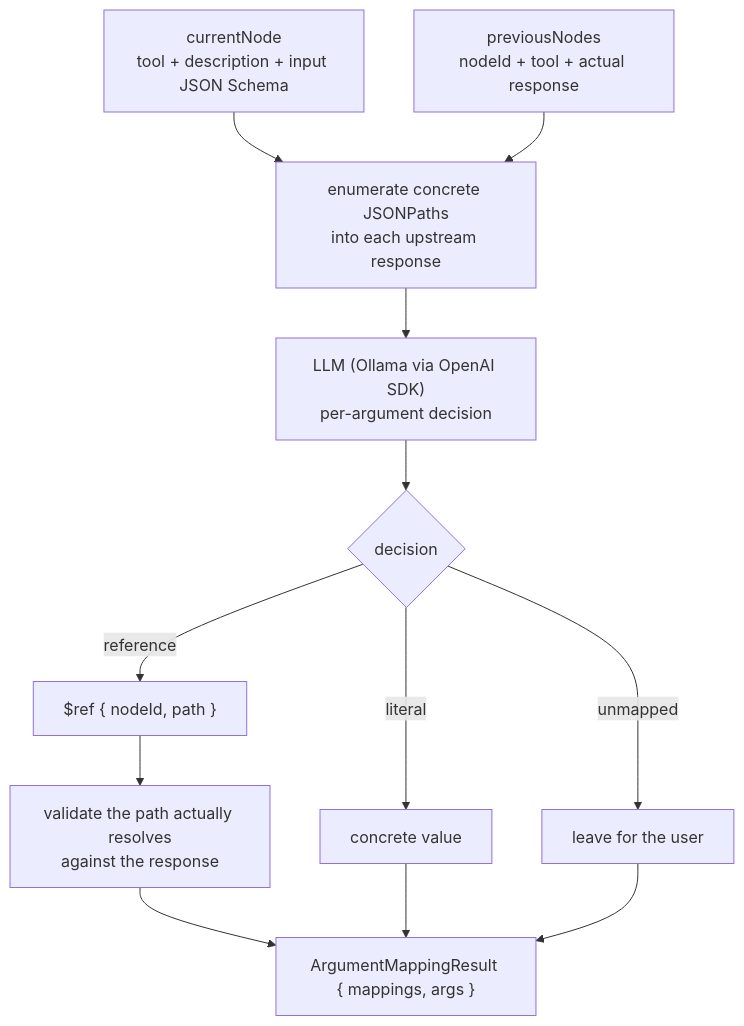
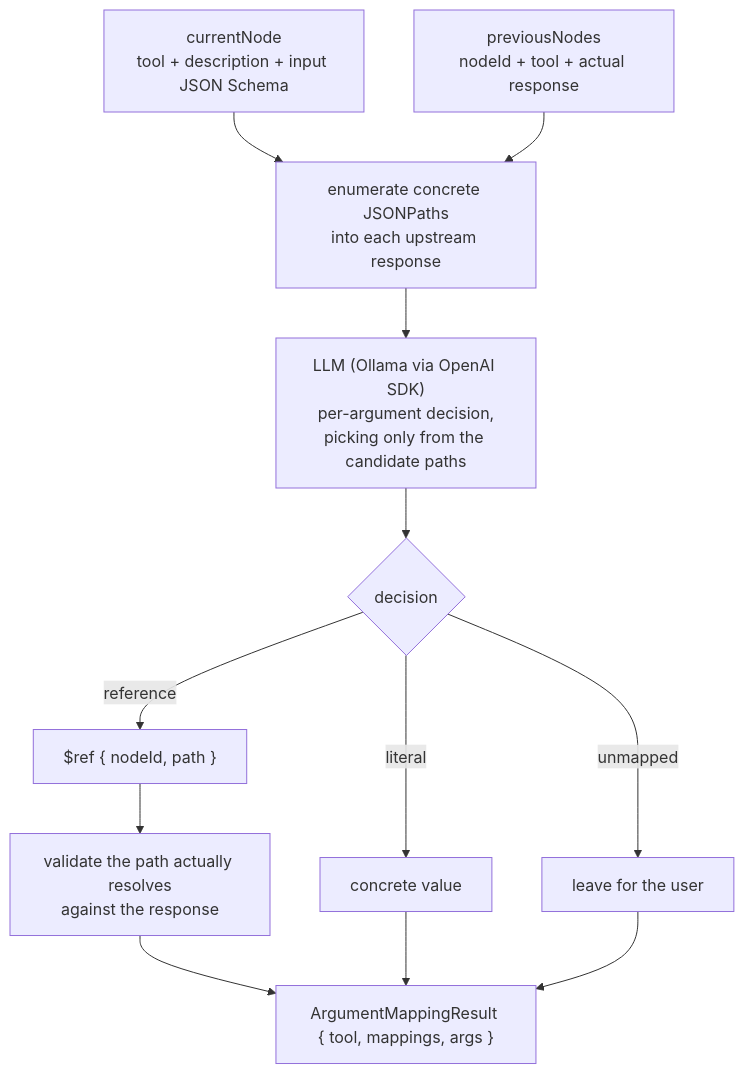
Before and after one commit to hardikcode-creator/MCP-Playground: the diagram in docs/ai-services.md, drawn with Mermaid. The commit also changed other lines of this file and 1 other file, not shown here.

````diff
--- a/docs/ai-services.md
+++ b/docs/ai-services.md
@@ -25,14 +15,14 @@
 ```mermaid
 flowchart TD
   cur["currentNode<br/>tool + description + input JSON Schema"] --> enum["enumerate concrete JSONPaths<br/>into each upstream response"]
   prev["previousNodes<br/>nodeId + tool + actual response"] --> enum
-  enum --> llm["LLM (Ollama via OpenAI SDK)<br/>per-argument decision"]
+  enum --> llm["LLM (Ollama via OpenAI SDK)<br/>per-argument decision,<br/>picking only from the candidate paths"]
   llm --> dec{"decision"}
   dec -->|"reference"| ref["$ref { nodeId, path }"]
   dec -->|"literal"| lit["concrete value"]
   dec -->|"unmapped"| none["leave for the user"]
   ref --> val["validate the path actually resolves<br/>against the response"]
-  val --> out["ArgumentMappingResult { mappings, args }"]
+  val --> out["ArgumentMappingResult { tool, mappings, args }"]
   lit --> out
   none --> out
 ```
````
